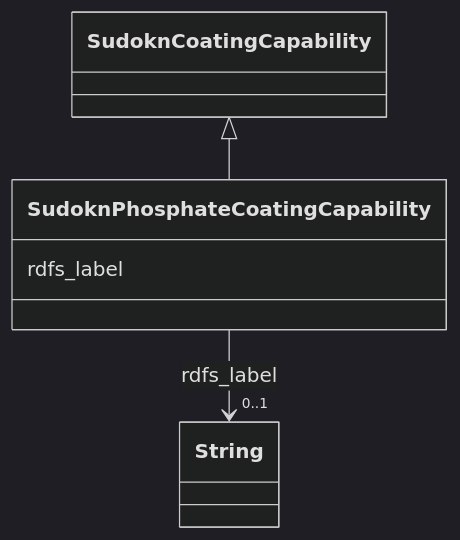
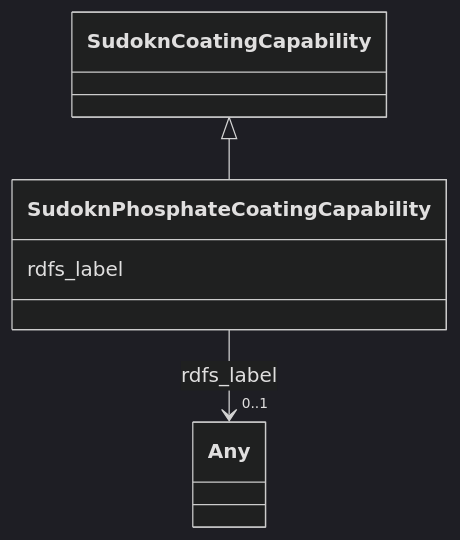
Before and after one commit to frink-okn/graph-descriptions: the diagram in sudokn-kg/classes/SudoknPhosphateCoatingCapability.md, drawn with Mermaid (dark theme). The commit also changed other lines of this file and 903 other files, not shown here.

````diff
--- a/sudokn-kg/classes/SudoknPhosphateCoatingCapability.md
+++ b/sudokn-kg/classes/SudoknPhosphateCoatingCapability.md
@@ -23,18 +18,18 @@
 ```mermaid
  classDiagram
     class SudoknPhosphateCoatingCapability
     click SudoknPhosphateCoatingCapability href "../SudoknPhosphateCoatingCapability"
       SudoknCoatingCapability <|-- SudoknPhosphateCoatingCapability
         click SudoknCoatingCapability href "../SudoknCoatingCapability"
       
       SudoknPhosphateCoatingCapability : rdfs_label
         
           
     
     
-    SudoknPhosphateCoatingCapability --> "0..1" String : rdfs_label
-    click String href "../String"
+    SudoknPhosphateCoatingCapability --> "0..1" Any : rdfs_label
+    click Any href "../Any"
 
         
       
 ```
````
